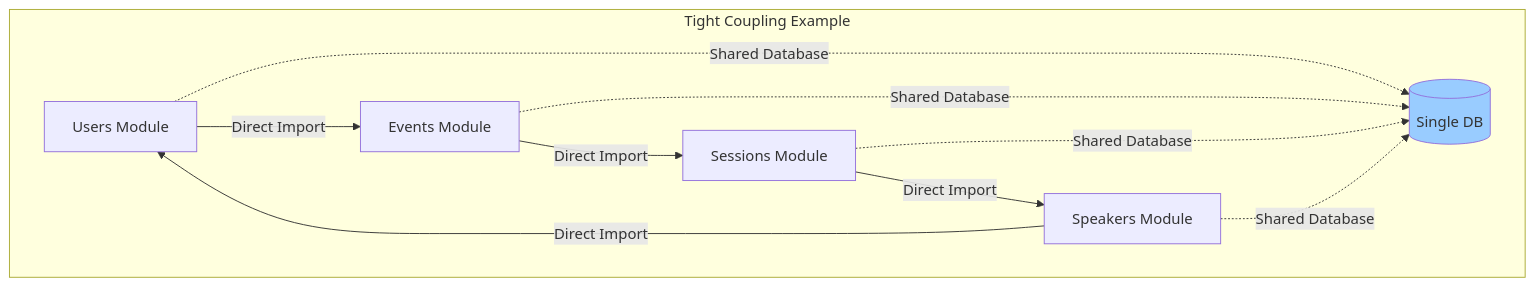
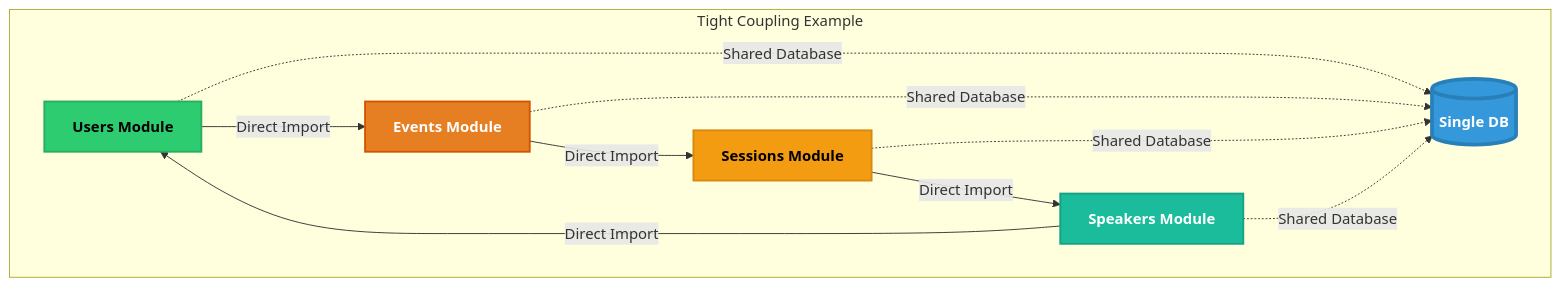
Before and after one commit to martimmpr/epicjunior-backend-db-course: the fourth of 6 diagrams in diagrams/monolithic-architecture.md, drawn with Mermaid. The commit also changed other lines of this file and 3 other files, not shown here.

Commit message:
docs: Improved Diagrams Readability.

````diff
--- a/diagrams/monolithic-architecture.md
+++ b/diagrams/monolithic-architecture.md
@@ -141,21 +159,25 @@
 ```mermaid
 graph TB
     subgraph "Tight Coupling Example"
-        UM[Users Module]
-        EM[Events Module]
-        SM[Sessions Module]
-        SpM[Speakers Module]
+        UM["<b>Users Module</b>"]
+        EM["<b>Events Module</b>"]
+        SM["<b>Sessions Module</b>"]
+        SpM["<b>Speakers Module</b>"]
         
         UM -->|Direct Import| EM
         EM -->|Direct Import| SM
         SM -->|Direct Import| SpM
         SpM -->|Direct Import| UM
         
-        UM -.->|Shared Database| DB[(Single DB)]
+        UM -.->|Shared Database| DB[("<b>Single DB</b>")]
         EM -.->|Shared Database| DB
         SM -.->|Shared Database| DB
         SpM -.->|Shared Database| DB
     end
     
-    style DB fill:#99ccff
+    style DB fill:#3498db,stroke:#2980b9,stroke-width:4px,color:#fff
+    style UM fill:#2ecc71,stroke:#27ae60,stroke-width:2px,color:#000
+    style EM fill:#e67e22,stroke:#d35400,stroke-width:2px,color:#fff
+    style SM fill:#f39c12,stroke:#d68910,stroke-width:2px,color:#000
+    style SpM fill:#1abc9c,stroke:#16a085,stroke-width:2px,color:#fff
 ```
````
